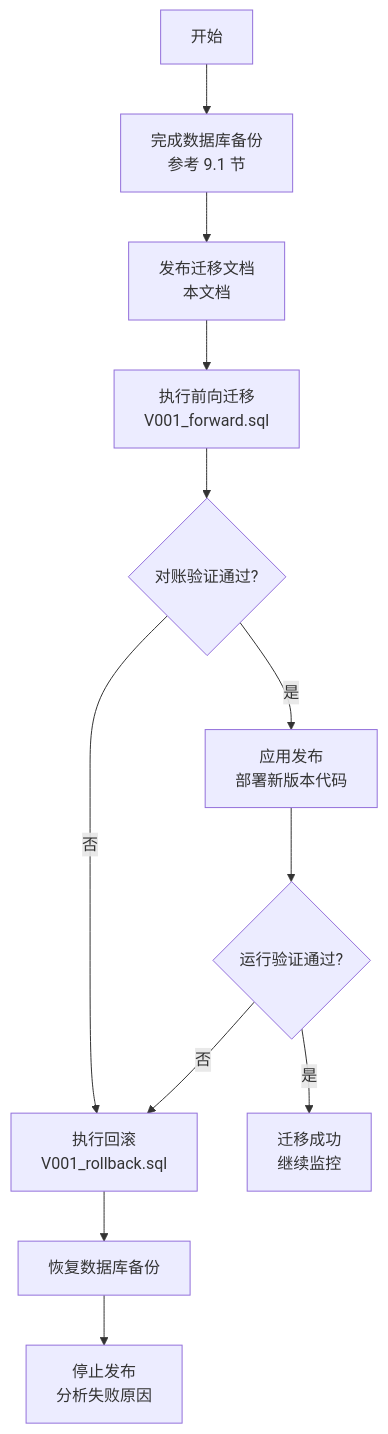
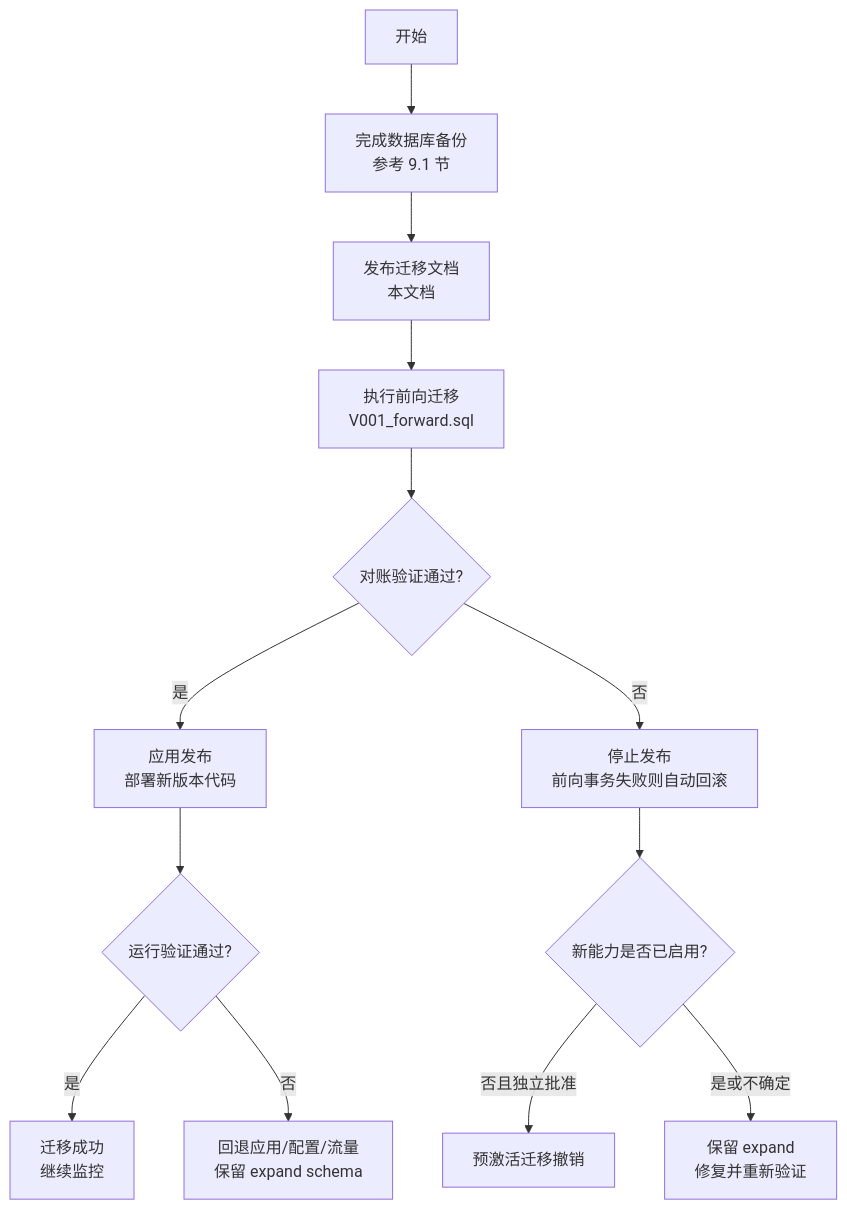
One commit to yizhinailong/disk changed the first of 2 diagrams in docs/design/05-部署运维指南.md. Above: the diagram before and after it, drawn with Mermaid. The commit also changed other lines of this file and 19 other files, not shown here.

Commit message:
feat(migration): preserve expand schema during rollback

````diff
--- a/docs/design/05-部署运维指南.md
+++ b/docs/design/05-部署运维指南.md
@@ -352,14 +352,15 @@
 ```mermaid
 flowchart TD
     A[开始] --> B[完成数据库备份<br/>参考 9.1 节]
     B --> C[发布迁移文档<br/>本文档]
     C --> D[执行前向迁移<br/>V001_forward.sql]
     D --> E{对账验证通过?}
     E -->|是| F[应用发布<br/>部署新版本代码]
-    E -->|否| G[执行回滚<br/>V001_rollback.sql]
-    G --> H[恢复数据库备份]
-    H --> I[停止发布<br/>分析失败原因]
+    E -->|否| G[停止发布<br/>前向事务失败则自动回滚]
+    G --> H{新能力是否已启用?}
+    H -->|否且独立批准| I[预激活迁移撤销]
+    H -->|是或不确定| P[保留 expand<br/>修复并重新验证]
     F --> J{运行验证通过?}
     J -->|是| K[迁移成功<br/>继续监控]
-    J -->|否| G
+    J -->|否| L[回退应用/配置/流量<br/>保留 expand schema]
 ```
````
